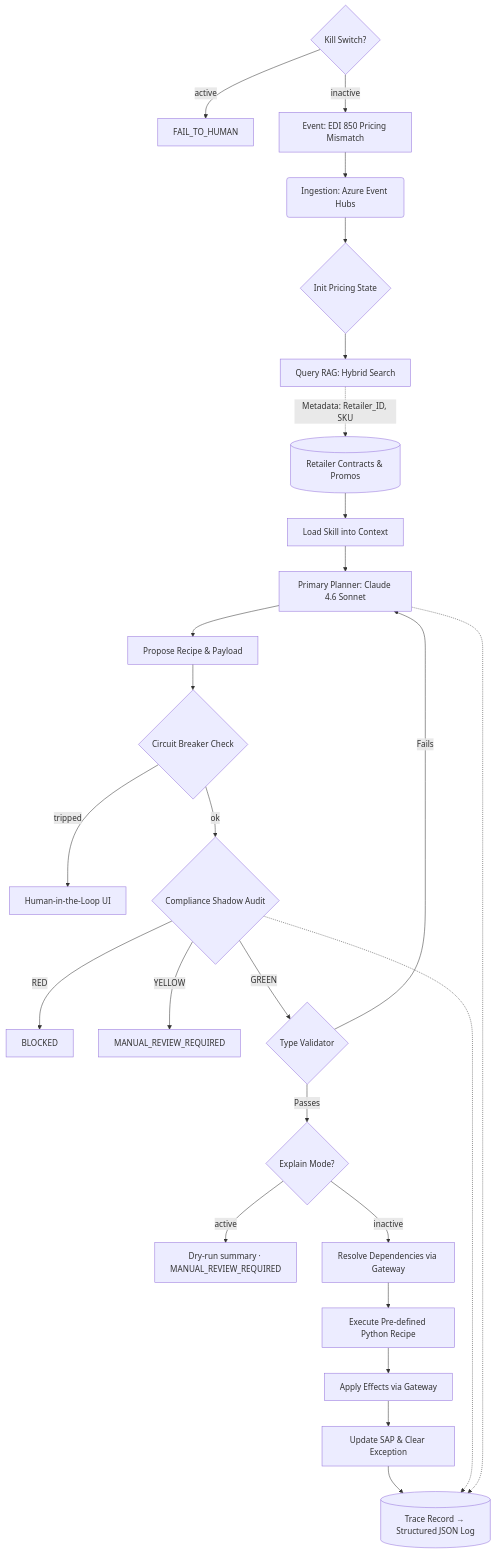
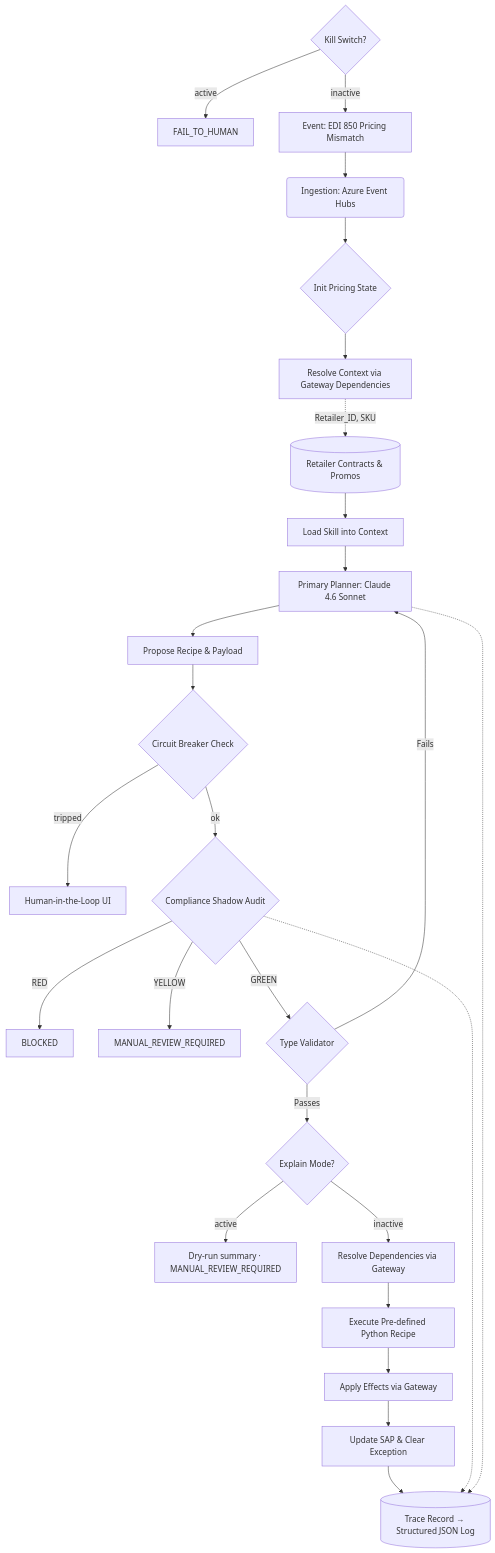
One commit to kumarabhijit/asoe2 changed the first of 2 diagrams in architecture_v2.md. Above: the diagram before and after it, drawn with Mermaid. The commit also changed other lines of this file and 3 other files, not shown here.

First line of the commit message:
docs: defer RAG to V2 — replace with deterministic gateway dependencies

````diff
--- a/architecture_v2.md
+++ b/architecture_v2.md
@@ -66,46 +66,46 @@
 ```mermaid
 graph TD
     %% Entry Guards
     X0{Kill Switch?} -- active --> X1[FAIL_TO_HUMAN]
     X0 -- inactive --> A
 
     %% Ingestion & Setup
     A[Event: EDI 850 Pricing Mismatch] --> B(Ingestion: Azure Event Hubs)
     B --> C{Init Pricing State}
 
     %% Context & Logic Loading
-    C --> D[Query RAG: Hybrid Search]
-    D -.->|Metadata: Retailer_ID, SKU| E[(Retailer Contracts & Promos)]
+    C --> D[Resolve Context via Gateway Dependencies]
+    D -.->|Retailer_ID, SKU| E[(Retailer Contracts & Promos)]
     E --> F[Load Skill into Context]
 
     %% Reasoning (constrained generation)
     F --> G[Primary Planner: Claude 4.6 Sonnet]
     G --> H[Propose Recipe & Payload]
 
     %% Guardrails & Audit
     H --> CB{Circuit Breaker Check}
     CB -- tripped --> HITL[Human-in-the-Loop UI]
     CB -- ok --> I{Compliance Shadow Audit}
     I -- RED --> BLK[BLOCKED]
     I -- YELLOW --> ESC[MANUAL_REVIEW_REQUIRED]
     I -- GREEN --> J{Type Validator}
     J -- Fails --> G
 
     %% Explain mode gate
     J -- Passes --> EM{Explain Mode?}
     EM -- active --> EX[Dry-run summary · MANUAL_REVIEW_REQUIRED]
     EM -- inactive --> RD
 
     %% Gateway: resolve dependencies
     RD[Resolve Dependencies via Gateway] --> K[Execute Pre-defined Python Recipe]
 
     %% Gateway: apply effects
     K --> AE[Apply Effects via Gateway]
     AE --> N[Update SAP & Clear Exception]
 
     %% Observability
     N --> O[(Trace Record → Structured JSON Log)]
     I -.-> O
     G -.-> O
 
 ```
````
